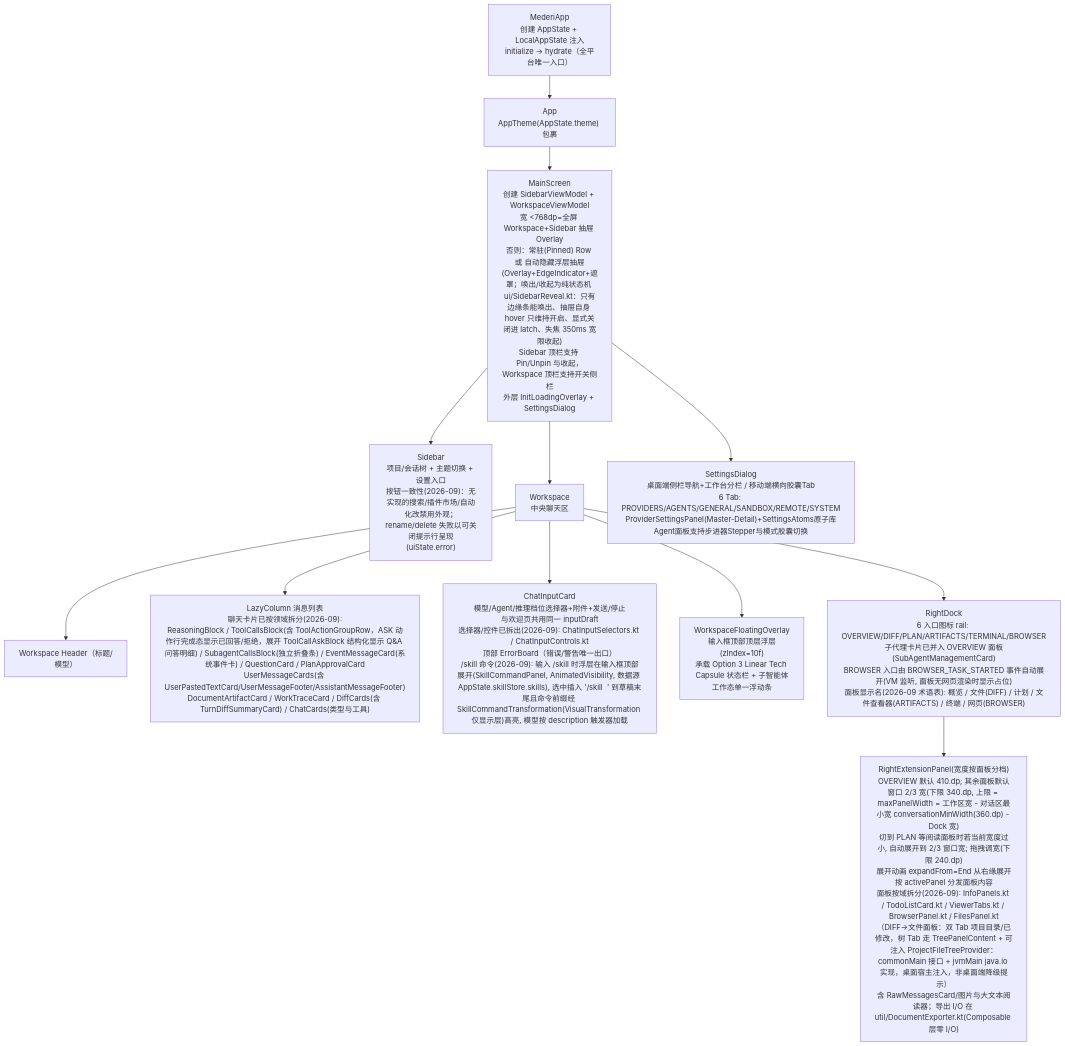
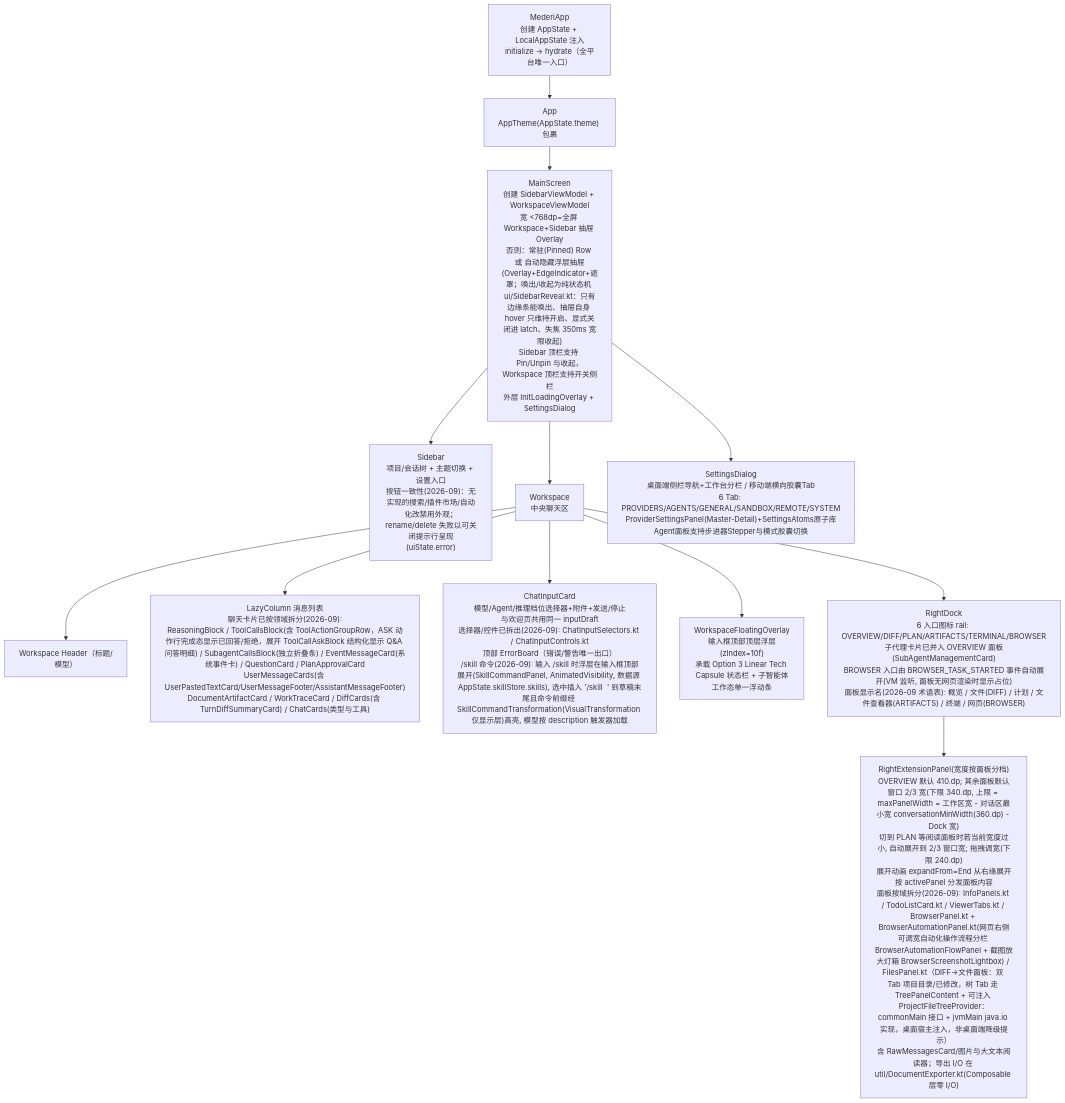
Before and after one commit to lzdev42/mederi: the third of 4 diagrams in docs/architecture/02-app-shared.md, drawn with Mermaid. The commit also changed other lines of this file and 14 other files, not shown here.

````diff
--- a/docs/architecture/02-app-shared.md
+++ b/docs/architecture/02-app-shared.md
@@ -443,24 +448,24 @@
 ```mermaid
 flowchart TD
     MA["MederiApp<br/>创建 AppState + LocalAppState 注入<br/>initialize → hydrate（全平台唯一入口）"]
     APP["App<br/>AppTheme(AppState.theme) 包裹"]
     MS["MainScreen<br/>创建 SidebarViewModel + WorkspaceViewModel<br/>宽 <768dp=全屏 Workspace+Sidebar 抽屉 Overlay<br/>否则：常驻(Pinned) Row 或 自动隐藏浮层抽屉(Overlay+EdgeIndicator+遮罩；唤出/收起为纯状态机 ui/SidebarReveal.kt：只有边缘条能唤出、抽屉自身 hover 只维持开启、显式关闭进 latch、失焦 350ms 宽限收起)<br/>Sidebar 顶栏支持 Pin/Unpin 与收起，Workspace 顶栏支持开关侧栏<br/>外层 InitLoadingOverlay + SettingsDialog"]
     SB["Sidebar<br/>项目/会话树 + 主题切换 + 设置入口<br/>按钮一致性(2026-09)：无实现的搜索/插件市场/自动化改禁用外观；rename/delete 失败以可关闭提示行呈现(uiState.error)"]
     WS["Workspace<br/>中央聊天区"]
     HDR["Workspace Header（标题/模型）"]
     LIST["LazyColumn 消息列表<br/>聊天卡片已按领域拆分(2026-09):<br/>ReasoningBlock / ToolCallsBlock(含 ToolActionGroupRow，ASK 动作行完成态显示已回答/拒绝，展开 ToolCallAskBlock 结构化显示 Q&A 问答明细) / SubagentCallsBlock(独立折叠条) / EventMessageCard(系统事件卡) / QuestionCard / PlanApprovalCard<br/>UserMessageCards(含 UserPastedTextCard/UserMessageFooter/AssistantMessageFooter)<br/>DocumentArtifactCard / WorkTraceCard / DiffCards(含 TurnDiffSummaryCard) / ChatCards(类型与工具)"]
     INPUT["ChatInputCard<br/>模型/Agent/推理档位选择器+附件+发送/停止<br/>与欢迎页共用同一 inputDraft<br/>选择器/控件已拆出(2026-09): ChatInputSelectors.kt / ChatInputControls.kt<br/>顶部 ErrorBoard（错误/警告唯一出口）<br/>/skill 命令(2026-09): 输入 /skill 时浮层在输入框顶部展开(SkillCommandPanel, AnimatedVisibility, 数据源 AppState.skillStore.skills), 选中插入 '/skill <name> ' 到草稿末尾且命令前缀经 SkillCommandTransformation(VisualTransformation 仅显示层)高亮, 模型按 description 触发器加载"]
     WFO["WorkspaceFloatingOverlay<br/>输入框顶部顶层浮层(zIndex=10f)<br/>承载 Option 3 Linear Tech Capsule 状态栏 + 子智能体工作态单一浮动条"]
     DOCK["RightDock<br/>6 入口图标 rail: OVERVIEW/DIFF/PLAN/ARTIFACTS/TERMINAL/BROWSER<br/>子代理卡片已并入 OVERVIEW 面板(SubAgentManagementCard)<br/>BROWSER 入口由 BROWSER_TASK_STARTED 事件自动展开(VM 监听, 面板无网页渲染时显示占位)<br/>面板显示名(2026-09 术语表): 概览 / 文件(DIFF) / 计划 / 文件查看器(ARTIFACTS) / 终端 / 网页(BROWSER)"]
-    REP["RightExtensionPanel(宽度按面板分档)<br/>OVERVIEW 默认 410.dp; 其余面板默认窗口 2/3 宽(下限 340.dp, 上限 = maxPanelWidth = 工作区宽 - 对话区最小宽 conversationMinWidth(360.dp) - Dock 宽)<br/>切到 PLAN 等阅读面板时若当前宽度过小, 自动展开到 2/3 窗口宽; 拖拽调宽(下限 240.dp)<br/>展开动画 expandFrom=End 从右缘展开<br/>按 activePanel 分发面板内容<br/>面板按域拆分(2026-09): InfoPanels.kt / TodoListCard.kt / ViewerTabs.kt / BrowserPanel.kt / FilesPanel.kt（DIFF→文件面板：双 Tab 项目目录/已修改，树 Tab 走 TreePanelContent + 可注入 ProjectFileTreeProvider：commonMain 接口 + jvmMain java.io 实现，桌面宿主注入，非桌面端降级提示）<br/>含 RawMessagesCard/图片与大文本阅读器；导出 I/O 在 util/DocumentExporter.kt(Composable 层零 I/O)"]
+    REP["RightExtensionPanel(宽度按面板分档)<br/>OVERVIEW 默认 410.dp; 其余面板默认窗口 2/3 宽(下限 340.dp, 上限 = maxPanelWidth = 工作区宽 - 对话区最小宽 conversationMinWidth(360.dp) - Dock 宽)<br/>切到 PLAN 等阅读面板时若当前宽度过小, 自动展开到 2/3 窗口宽; 拖拽调宽(下限 240.dp)<br/>展开动画 expandFrom=End 从右缘展开<br/>按 activePanel 分发面板内容<br/>面板按域拆分(2026-09): InfoPanels.kt / TodoListCard.kt / ViewerTabs.kt / BrowserPanel.kt + BrowserAutomationPanel.kt(网页右侧可调宽自动化操作流程分栏 BrowserAutomationFlowPanel + 截图放大灯箱 BrowserScreenshotLightbox) / FilesPanel.kt（DIFF→文件面板：双 Tab 项目目录/已修改，树 Tab 走 TreePanelContent + 可注入 ProjectFileTreeProvider：commonMain 接口 + jvmMain java.io 实现，桌面宿主注入，非桌面端降级提示）<br/>含 RawMessagesCard/图片与大文本阅读器；导出 I/O 在 util/DocumentExporter.kt(Composable 层零 I/O)"]
     SD["SettingsDialog<br/>桌面端侧栏导航+工作台分栏 / 移动端横向胶囊Tab<br/>6 Tab: PROVIDERS/AGENTS/GENERAL/SANDBOX/REMOTE/SYSTEM<br/>ProviderSettingsPanel(Master-Detail)+SettingsAtoms原子库<br/>Agent面板支持步进器Stepper与模式胶囊切换"]
     MA --> APP --> MS
     MS --> SB
     MS --> WS
     WS --> HDR
     WS --> LIST
     WS --> WFO
     WS --> INPUT
     WS --> DOCK --> REP
     MS --> SD
 ```
````
